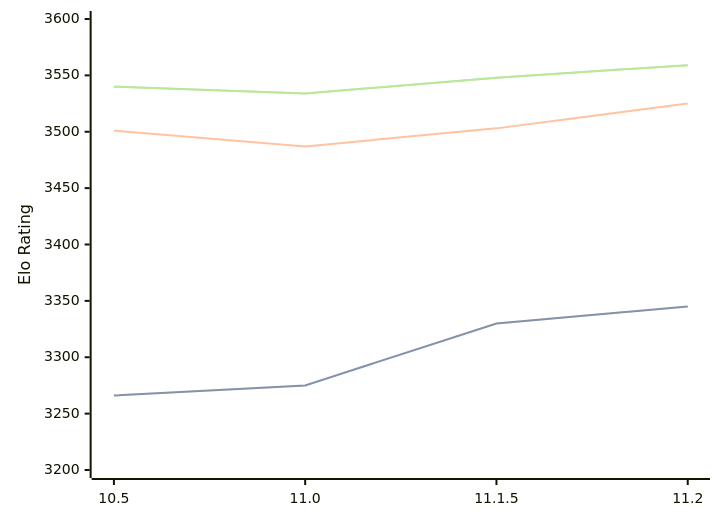
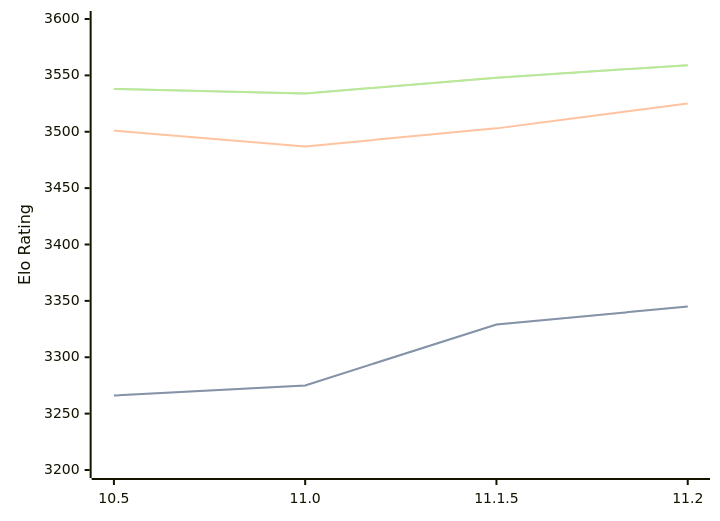
Before and after one commit to computer-chess-index/cci: the diagram in engines/Lizard.md, drawn with Mermaid. The commit also changed other lines of this file, not shown here.

Commit message:
Update CCI Ratings (ELO VLTC) - 2026-03-01

````diff
--- a/engines/Lizard.md
+++ b/engines/Lizard.md
@@ -44,11 +44,11 @@
 ```mermaid
 %%{init: {"theme":"base","themeVariables":{"seriesColors:['#a3a3a3','#222221','#faa371']}}}%%
 xychart-beta
   x-axis ["10.5", "11.0", "11.1.5", "11.2"]
   y-axis "Elo Rating" 3200 --> 3600
-  line "STC (8.0+0.08s)" [3266, 3275, 3330, 3345]
-  line "STC (8.0+0.08s)" [3266, 3275, 3330, 3345]
+  line "STC (8.0+0.08s)" [3266, 3275, 3329, 3345]
+  line "STC (8.0+0.08s)" [3266, 3275, 3329, 3345]
   line "LTC (60.0+0.60s)" [3501, 3487, 3503, 3525]
-  line "VLTC (2m24s+1.12s)" [3540, 3534, 3548, 3559]
-  line "VLTC (2m24s+1.12s)" [3540, 3534, 3548, 3559]
+  line "VLTC (2m24s+1.12s)" [3538, 3534, 3548, 3559]
+  line "VLTC (2m24s+1.12s)" [3538, 3534, 3548, 3559]
 ```
````
